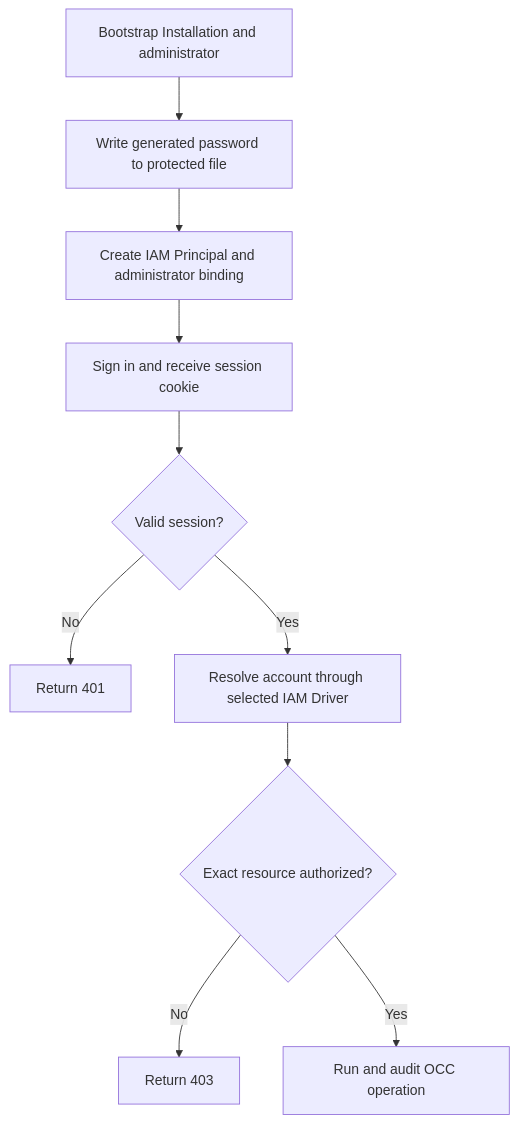
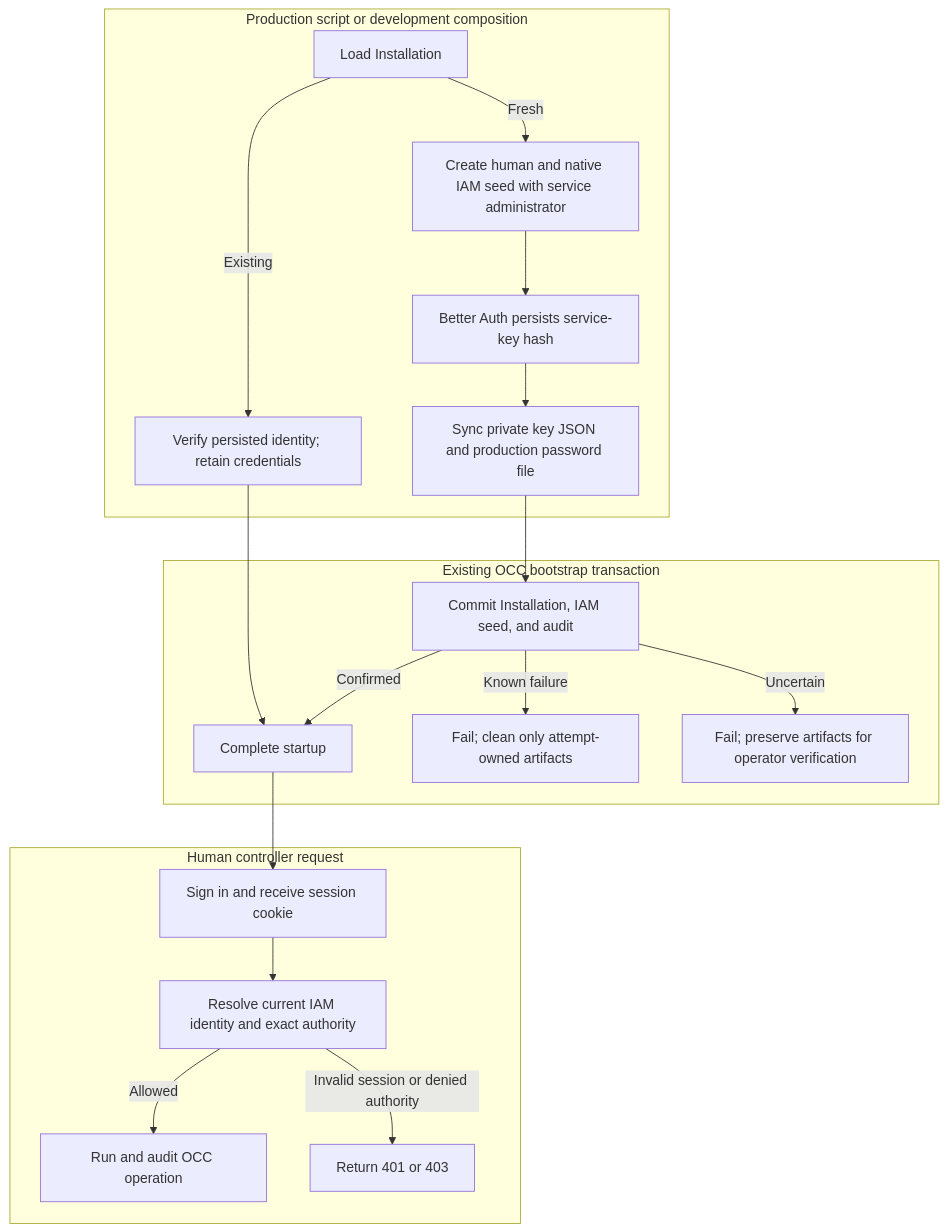
One commit to IsaiahStapleton/openclaw-enterprise changed the diagram in docs/flows/local-password-authentication.md. Above: the diagram before and after it, drawn with Mermaid. The commit also changed other lines of this file and 34 other files, not shown here.

First line of the commit message:
feat: bootstrap an administrator service account

````diff
--- a/docs/flows/local-password-authentication.md
+++ b/docs/flows/local-password-authentication.md
@@ -30,12 +33,22 @@
 ```mermaid
 graph TD
-  A["Bootstrap Installation and administrator"] --> B["Write generated password to protected file"]
-  B --> C["Create IAM Principal and administrator binding"]
-  C --> D["Sign in and receive session cookie"]
-  D --> E{"Valid session?"}
-  E -->|No| F["Return 401"]
-  E -->|Yes| G["Resolve account through selected IAM Driver"]
-  G --> H{"Exact resource authorized?"}
-  H -->|No| I["Return 403"]
-  H -->|Yes| J["Run and audit OCC operation"]
+  subgraph Bootstrap["Production script or development composition"]
+    A["Load Installation"] -->|Existing| B["Verify persisted identity; retain credentials"]
+    A -->|Fresh| C["Create human and native IAM seed with service administrator"]
+    C --> D["Better Auth persists service-key hash"]
+    D --> E["Sync private key JSON and production password file"]
+  end
+  subgraph Commit["Existing OCC bootstrap transaction"]
+    E --> F["Commit Installation, IAM seed, and audit"]
+    F -->|Confirmed| G["Complete startup"]
+    F -->|Known failure| H["Fail; clean only attempt-owned artifacts"]
+    F -->|Uncertain| I["Fail; preserve artifacts for operator verification"]
+    B --> G
+  end
+  subgraph Request["Human controller request"]
+    G --> J["Sign in and receive session cookie"]
+    J --> K["Resolve current IAM identity and exact authority"]
+    K -->|Allowed| L["Run and audit OCC operation"]
+    K -->|Invalid session or denied authority| M["Return 401 or 403"]
+  end
 ```
````
